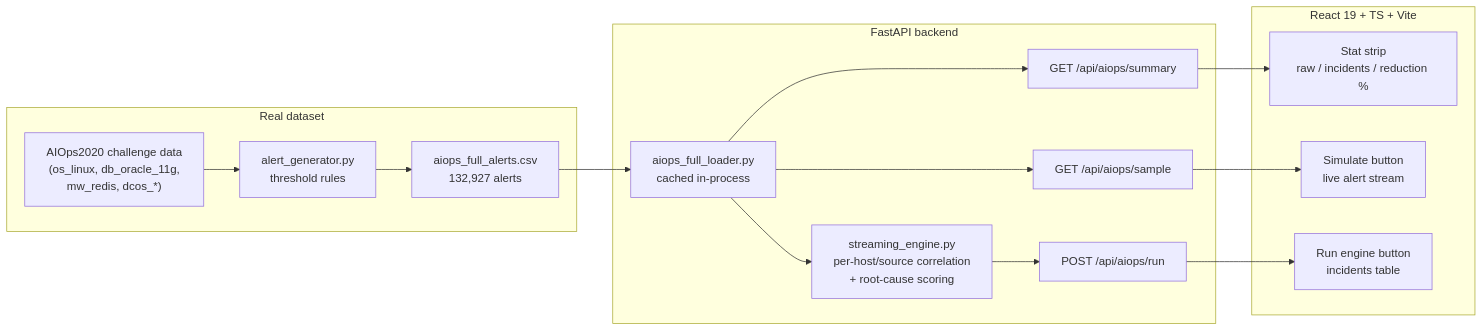
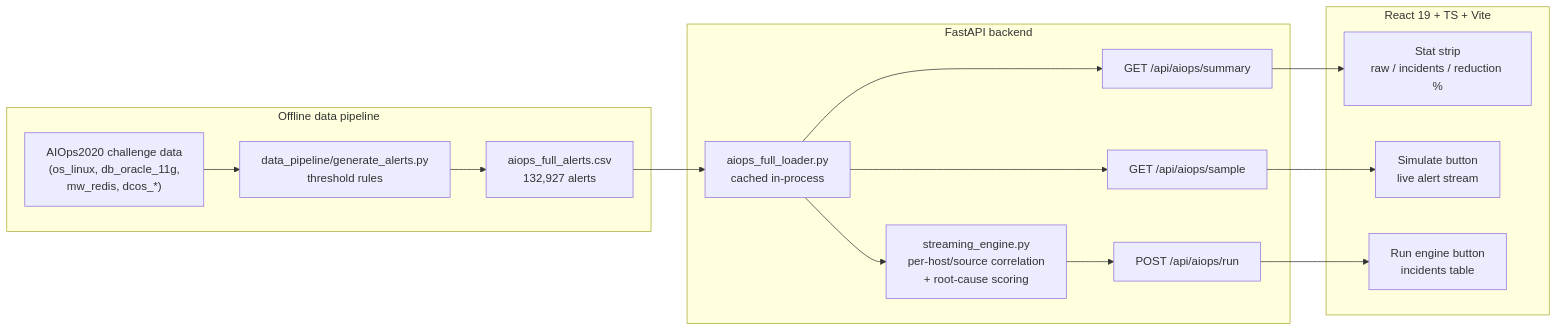
Before and after one commit to varuntutejaa/Nucleus: the diagram in README.md, drawn with Mermaid. The commit also changed other lines of this file and 30 other files, not shown here.

````diff
--- a/README.md
+++ b/README.md
@@ -83,28 +83,28 @@
 ```mermaid
 flowchart LR
-    subgraph data[Real dataset]
+    subgraph data[Offline data pipeline]
         RAW["AIOps2020 challenge data\n(os_linux, db_oracle_11g,\nmw_redis, dcos_*)"]
-        GEN["alert_generator.py\nthreshold rules"]
+        GEN["data_pipeline/generate_alerts.py\nthreshold rules"]
         CSV["aiops_full_alerts.csv\n132,927 alerts"]
         RAW --> GEN --> CSV
     end
 
     subgraph backend[FastAPI backend]
         LOADER["aiops_full_loader.py\ncached in-process"]
         ENGINE["streaming_engine.py\nper-host/source correlation\n+ root-cause scoring"]
         EP1["GET /api/aiops/summary"]
         EP2["GET /api/aiops/sample"]
         EP3["POST /api/aiops/run"]
     end
 
     subgraph frontend[React 19 + TS + Vite]
         STAT["Stat strip\nraw / incidents / reduction %"]
         SIM["Simulate button\nlive alert stream"]
         RUN["Run engine button\nincidents table"]
     end
 
     CSV --> LOADER --> ENGINE
     LOADER --> EP1 --> STAT
     LOADER --> EP2 --> SIM
     ENGINE --> EP3 --> RUN
 ```
````
